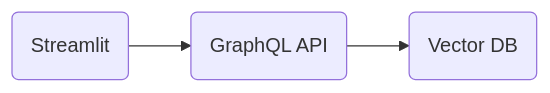
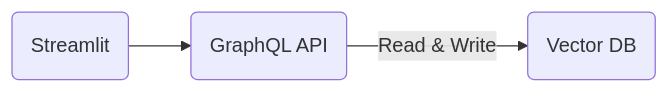
Before and after one commit to christian-nickerson/vector-search-engine: the diagram in README.md, drawn with Mermaid. The commit also changed other lines of this file, not shown here.

Commit message:
mermaid edit

````diff
--- a/README.md
+++ b/README.md
@@ -7,5 +7,5 @@
 ```mermaid
 flowchart LR;
     A(Streamlit) --> B(GraphQL API);
-    B --> C(Vector DB);
+    B -->|Read & Write| C(Vector DB);
 ```
````
